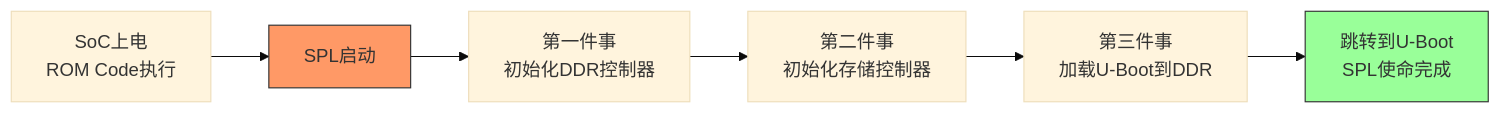
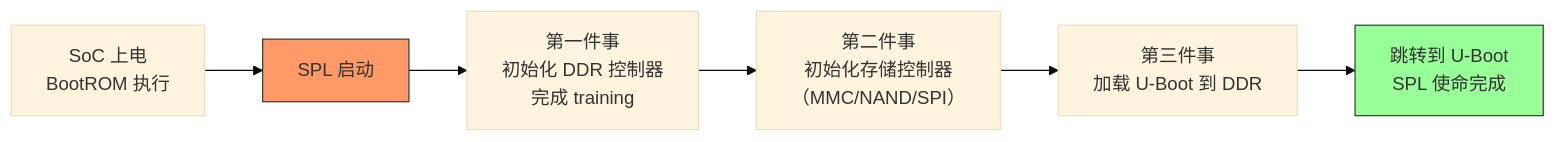
The second of 2 diagrams in docs/02-核心机制深度解析/第7章 启动链深度解析/7.2.1_SPL的存在理由与内存约束.md (xiaohong0925/Embedded_Knowledge_System_V2026), drawn with Mermaid (base theme) before and after one commit. The commit also changed other lines of this file and 20 other files, not shown here.

````diff
--- a/docs/02-核心机制深度解析/第7章 启动链深度解析/7.2.1_SPL的存在理由与内存约束.md
+++ b/docs/02-核心机制深度解析/第7章 启动链深度解析/7.2.1_SPL的存在理由与内存约束.md
@@ -222,11 +83,11 @@
 ```mermaid
 graph LR
-    A[SoC上电<br/>ROM Code执行] --> B[SPL启动]
-    B --> C[第一件事<br/>初始化DDR控制器]
-    C --> D[第二件事<br/>初始化存储控制器]
-    D --> E[第三件事<br/>加载U-Boot到DDR]
-    E --> F[跳转到U-Boot<br/>SPL使命完成]
-    
+    A["SoC 上电<br/>BootROM 执行"] --> B["SPL 启动"]
+    B --> C["第一件事<br/>初始化 DDR 控制器<br/>完成 training"]
+    C --> D["第二件事<br/>初始化存储控制器<br/>（MMC/NAND/SPI）"]
+    D --> E["第三件事<br/>加载 U-Boot 到 DDR"]
+    E --> F["跳转到 U-Boot<br/>SPL 使命完成"]
+
     style B fill:#f96,stroke:#333
     style F fill:#9f9,stroke:#333
 ```
````
